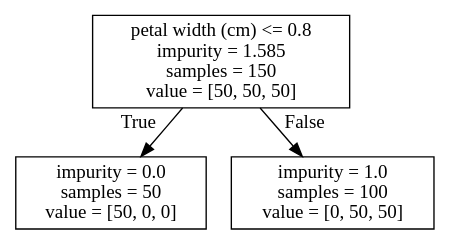
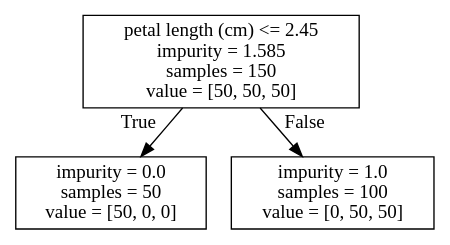
Before and after one commit to yangl57/Python: the diagram in Machine-Learning/tree_d1.dot, drawn with Graphviz. The commit also changed 8 other files, not shown here.

```diff
--- a/Machine-Learning/tree_d1.dot
+++ b/Machine-Learning/tree_d1.dot
@@ -1,8 +1,8 @@
 digraph Tree {
 node [shape=box] ;
-0 [label="petal width (cm) <= 0.8\nimpurity = 1.585\nsamples = 150\nvalue = [50, 50, 50]"] ;
+0 [label="petal length (cm) <= 2.45\nimpurity = 1.585\nsamples = 150\nvalue = [50, 50, 50]"] ;
 1 [label="impurity = 0.0\nsamples = 50\nvalue = [50, 0, 0]"] ;
 0 -> 1 [labeldistance=2.5, labelangle=45, headlabel="True"] ;
 2 [label="impurity = 1.0\nsamples = 100\nvalue = [0, 50, 50]"] ;
 0 -> 2 [labeldistance=2.5, labelangle=-45, headlabel="False"] ;
 }
```
